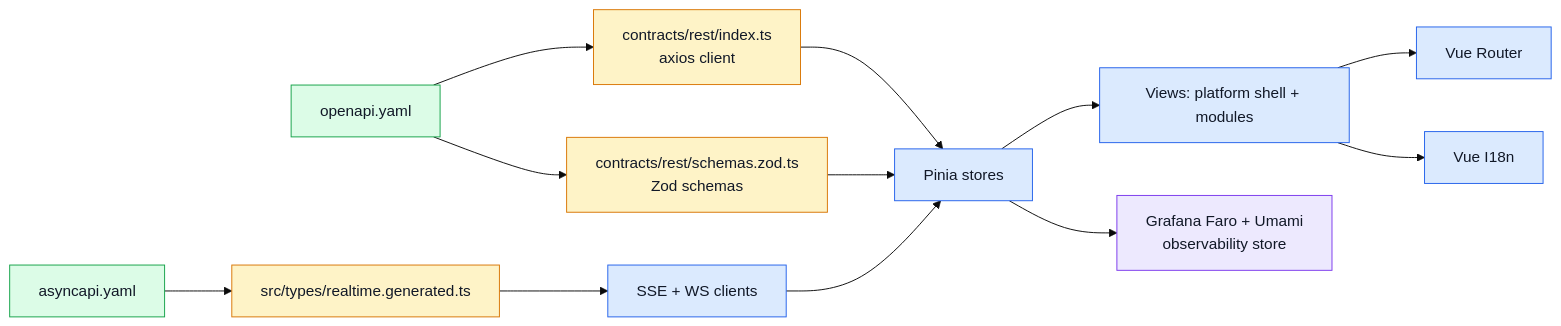
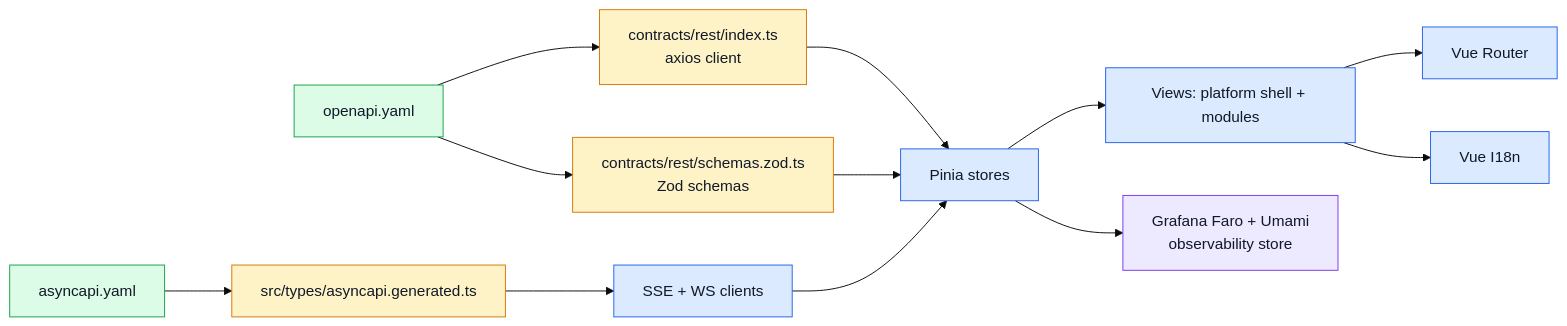
Before and after one commit to Guebbit/boilerplate-vue-frontend: the second of 2 diagrams in docs/index.md, drawn with Mermaid (base theme). The commit also changed 14 other files, not shown here.

````diff
--- a/docs/index.md
+++ b/docs/index.md
@@ -88,26 +88,26 @@
 ```mermaid
 %%{init: {'flowchart': {'nodeSpacing': 55, 'rankSpacing': 70}}}%%
 flowchart LR
     OpenSpec[openapi.yaml] --> Client[contracts/rest/index.ts\naxios client]
     OpenSpec --> Schemas[contracts/rest/schemas.zod.ts\nZod schemas]
-    AsyncSpec[asyncapi.yaml] --> Realtime[src/types/realtime.generated.ts]
+    AsyncSpec[asyncapi.yaml] --> Realtime[src/types/asyncapi.generated.ts]
 
     Client --> Stores[Pinia stores]
     Schemas --> Stores
     Stores --> Views[Views: platform shell + modules]
     Views --> Router[Vue Router]
     Views --> I18N[Vue I18n]
     Realtime --> RTClients[SSE + WS clients]
     RTClients --> Stores
 
     Stores --> Obs[Grafana Faro + Umami\nobservability store]
 
     classDef contract fill:#dcfce7,stroke:#16a34a,color:#111827;
     classDef generated fill:#fef3c7,stroke:#d97706,color:#111827;
     classDef app fill:#dbeafe,stroke:#2563eb,color:#111827;
     classDef obs fill:#ede9fe,stroke:#7c3aed,color:#111827;
     class OpenSpec,AsyncSpec contract;
     class Client,Schemas,Mocks,Realtime generated;
     class Stores,Views,Router,I18N,RTClients app;
     class Obs obs;
 ```
````
